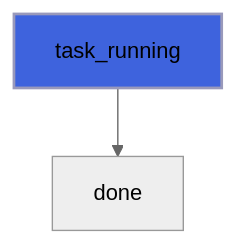
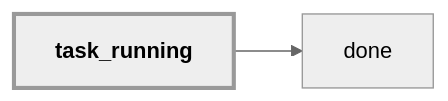
Diagram 11 of 12 in docs/api/src/lib/figure_task.md (szaghi/figure), drawn with Mermaid (neutral theme) before and after one commit. The commit also changed other lines of this file and 54 other files, not shown here.

````diff
--- a/docs/api/src/lib/figure_task.md
+++ b/docs/api/src/lib/figure_task.md
@@ -384,5 +416,6 @@
 ```mermaid
-flowchart TD
+flowchart LR
   task_running["task_running"] --> done["done"]
-  style task_running fill:#3e63dd,stroke:#99b,stroke-width:2px
+  classDef focus stroke-width:3px,font-weight:bold
+  class task_running focus
 ```
````
